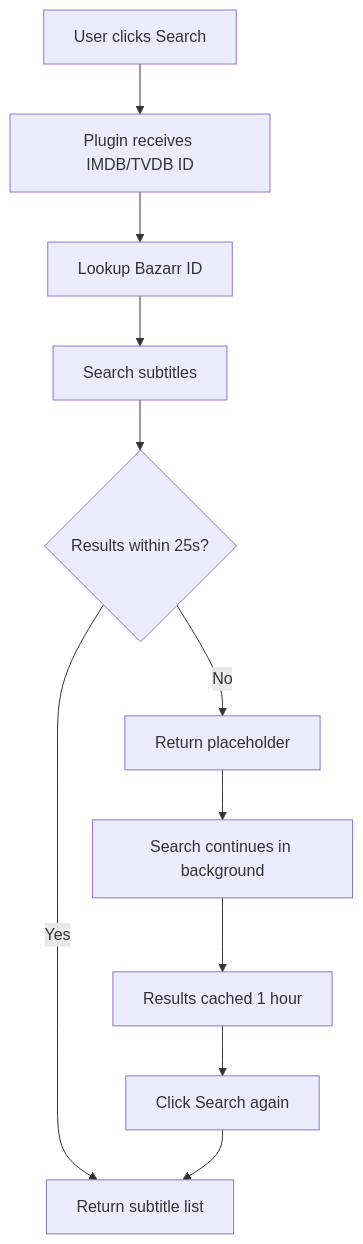
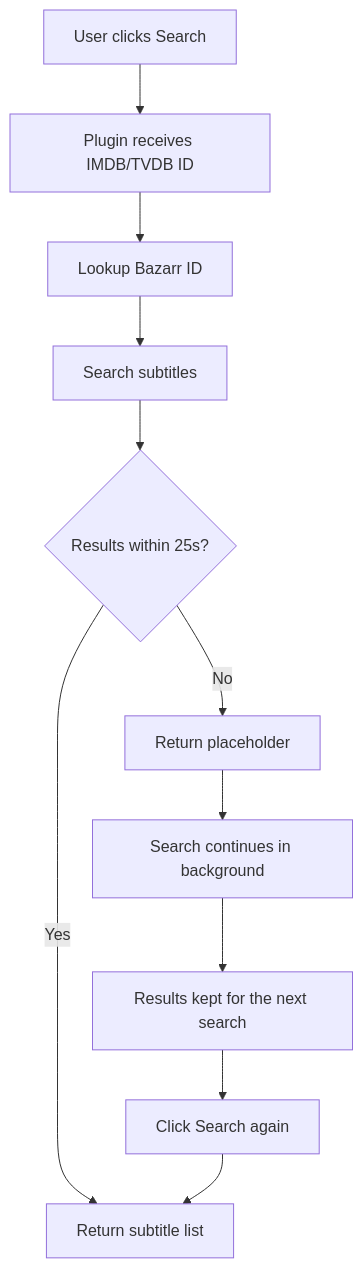
One commit to enoch85/bazarr-jellyfin changed the second of 3 diagrams in README.md. Above: the diagram before and after it, drawn with Mermaid. The commit also changed other lines of this file and 5 other files, not shown here.

Commit message:
fix: ask Bazarr on every search instead of serving cached results (#58)

````diff
--- a/README.md
+++ b/README.md
@@ -67,13 +66,13 @@
 ```mermaid
 flowchart TB
     A[User clicks Search] --> B[Plugin receives IMDB/TVDB ID]
     B --> C[Lookup Bazarr ID]
     C --> D[Search subtitles]
     D --> E{Results within 25s?}
     E -->|Yes| F[Return subtitle list]
     E -->|No| G[Return placeholder]
     G --> H[Search continues in background]
-    H --> I[Results cached 1 hour]
+    H --> I[Results kept for the next search]
     I --> J[Click Search again]
     J --> F
 ```
````
